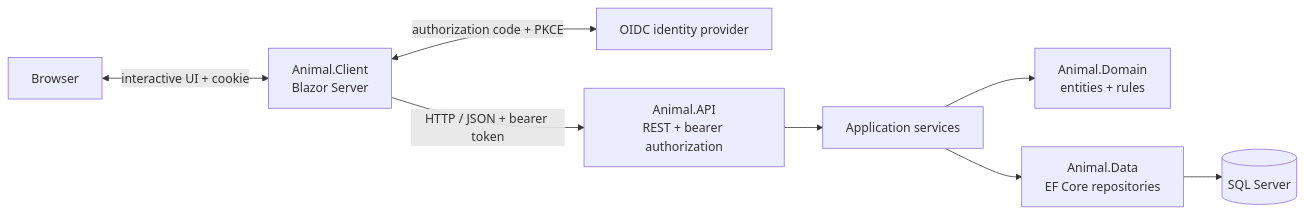
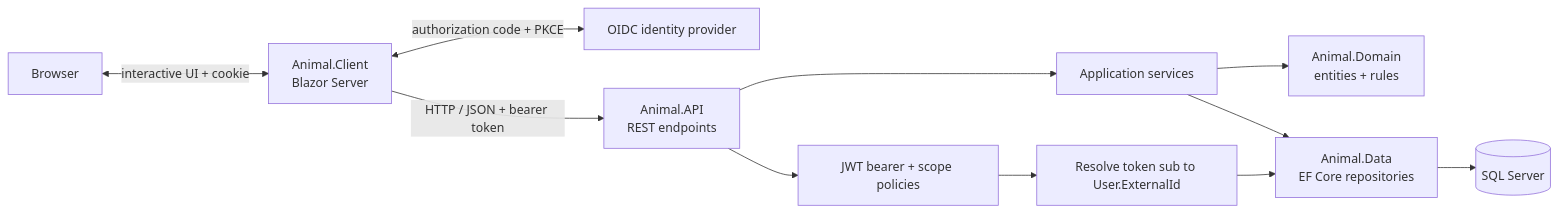
The first of 2 diagrams in README.md (AidinYaseri/Team-5-Web-Programming), drawn with Mermaid before and after one commit. The commit also changed 2 other files, not shown here.

Commit message:
wi-0-11-4: more readme changes

````diff
--- a/README.md
+++ b/README.md
@@ -22,19 +22,24 @@
 ```mermaid
 flowchart LR
     Browser[Browser]
     Client[Animal.Client<br/>Blazor Server]
     Identity[OIDC identity provider]
-    API[Animal.API<br/>REST + bearer authorization]
+    API[Animal.API<br/>REST endpoints]
+    Auth[JWT bearer + scope policies]
+    Subject[Resolve token sub to User.ExternalId]
     Services[Application services]
     Domain[Animal.Domain<br/>entities + rules]
     Data[Animal.Data<br/>EF Core repositories]
     DB[(SQL Server)]
 
     Browser <-->|interactive UI + cookie| Client
     Client <-->|authorization code + PKCE| Identity
     Client -->|HTTP / JSON + bearer token| API
+    API --> Auth
+    Auth --> Subject
+    Subject --> Data
     API --> Services
     Services --> Domain
     Services --> Data
     Data --> DB
 ```
````
